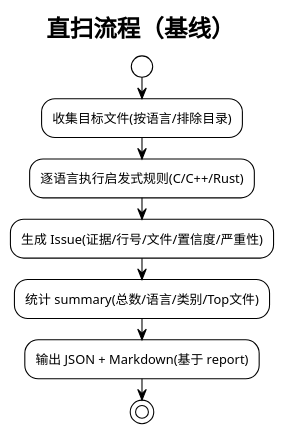
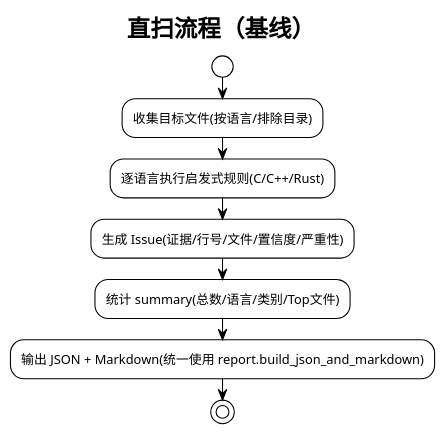
Before and after one commit to skyfireitdiy/Jarvis: the third of 4 diagrams in docs/架构设计/jarvis-sec系统架构设计.md, drawn with PlantUML. The commit also changed other lines of this file, not shown here.

````diff
--- a/docs/架构设计/jarvis-sec系统架构设计.md
+++ b/docs/架构设计/jarvis-sec系统架构设计.md
@@ -100,14 +172,14 @@
 ```plantuml
 @startuml
 !theme plain
 title 直扫流程（基线）
 
 start
 :收集目标文件(按语言/排除目录);
 :逐语言执行启发式规则(C/C++/Rust);
 :生成 Issue(证据/行号/文件/置信度/严重性);
 :统计 summary(总数/语言/类别/Top文件);
-:输出 JSON + Markdown(基于 report);
+:输出 JSON + Markdown(统一使用 report.build_json_and_markdown);
 stop
 @enduml
 ```
````
